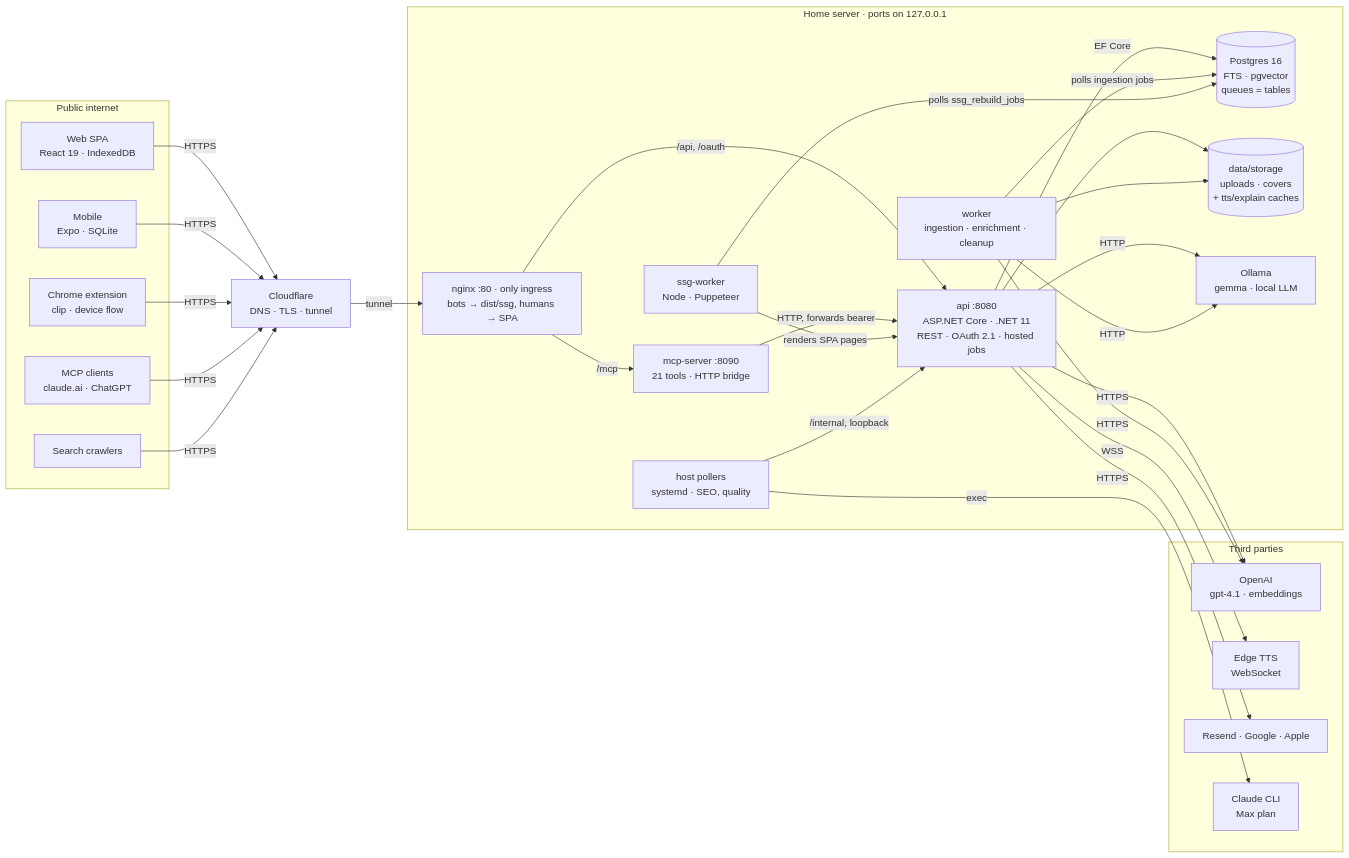
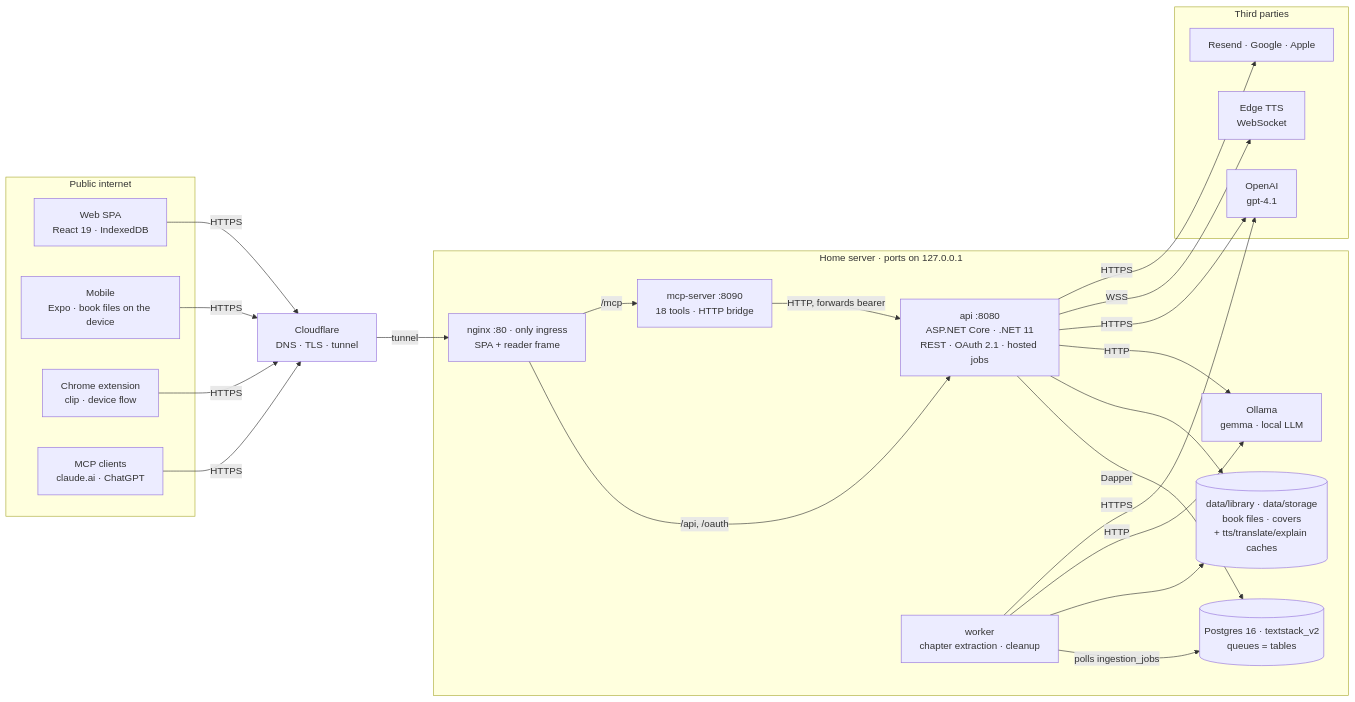
The first of 4 diagrams in docs/architecture/flows.md (mrviduus/textstack), drawn with Mermaid before and after one commit. The commit also changed other lines of this file and 39 other files, not shown here.

````diff
--- a/docs/architecture/flows.md
+++ b/docs/architecture/flows.md
@@ -12,48 +12,40 @@
 ```mermaid
 flowchart LR
     subgraph internet["Public internet"]
         web["Web SPA<br/>React 19 · IndexedDB"]
-        mob["Mobile<br/>Expo · SQLite"]
+        mob["Mobile<br/>Expo · book files on the device"]
         ext["Chrome extension<br/>clip · device flow"]
         mcpc["MCP clients<br/>claude.ai · ChatGPT"]
-        bot["Search crawlers"]
     end
 
     cf["Cloudflare<br/>DNS · TLS · tunnel"]
 
     subgraph home["Home server · ports on 127.0.0.1"]
-        nginx["nginx :80 · only ingress<br/>bots → dist/ssg, humans → SPA"]
+        nginx["nginx :80 · only ingress<br/>SPA + reader frame"]
         api["api :8080<br/>ASP.NET Core · .NET 11<br/>REST · OAuth 2.1 · hosted jobs"]
-        mcp["mcp-server :8090<br/>21 tools · HTTP bridge"]
-        worker["worker<br/>ingestion · enrichment · cleanup"]
-        ssg["ssg-worker<br/>Node · Puppeteer"]
-        pollers["host pollers<br/>systemd · SEO, quality"]
-        db[("Postgres 16<br/>FTS · pgvector<br/>queues = tables")]
-        fs[("data/storage<br/>uploads · covers<br/>+ tts/explain caches")]
+        mcp["mcp-server :8090<br/>18 tools · HTTP bridge"]
+        worker["worker<br/>chapter extraction · cleanup"]
+        db[("Postgres 16 · textstack_v2<br/>queues = tables")]
+        fs[("data/library · data/storage<br/>book files · covers<br/>+ tts/translate/explain caches")]
         ollama["Ollama<br/>gemma · local LLM"]
     end
 
     subgraph third["Third parties"]
-        openai["OpenAI<br/>gpt-4.1 · embeddings"]
+        openai["OpenAI<br/>gpt-4.1"]
         tts["Edge TTS<br/>WebSocket"]
         mail["Resend · Google · Apple"]
-        claude["Claude CLI<br/>Max plan"]
     end
 
-    web & mob & ext & mcpc & bot -->|HTTPS| cf
+    web & mob & ext & mcpc -->|HTTPS| cf
     cf -->|tunnel| nginx
     nginx -->|"/api, /oauth"| api
     nginx -->|/mcp| mcp
     mcp -->|"HTTP, forwards bearer"| api
-    api -->|EF Core| db
-    worker -->|polls ingestion jobs| db
-    ssg -->|polls ssg_rebuild_jobs| db
-    ssg -->|renders SPA pages| api
-    pollers -->|"/internal, loopback"| api
+    api -->|Dapper| db
+    worker -->|polls ingestion_jobs| db
     api & worker --> fs
     api & worker -->|HTTP| ollama
     api & worker -->|HTTPS| openai
     api -->|WSS| tts
     api -->|HTTPS| mail
-    pollers -->|exec| claude
 ```
````
